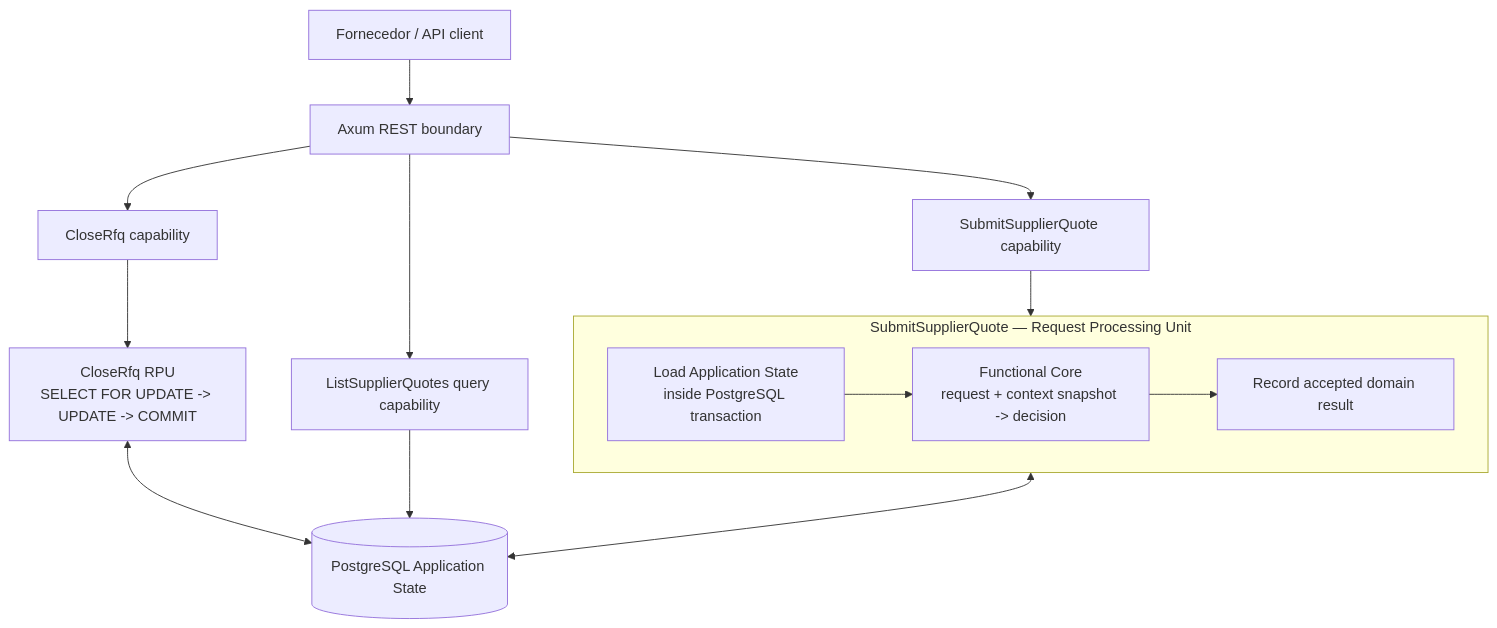
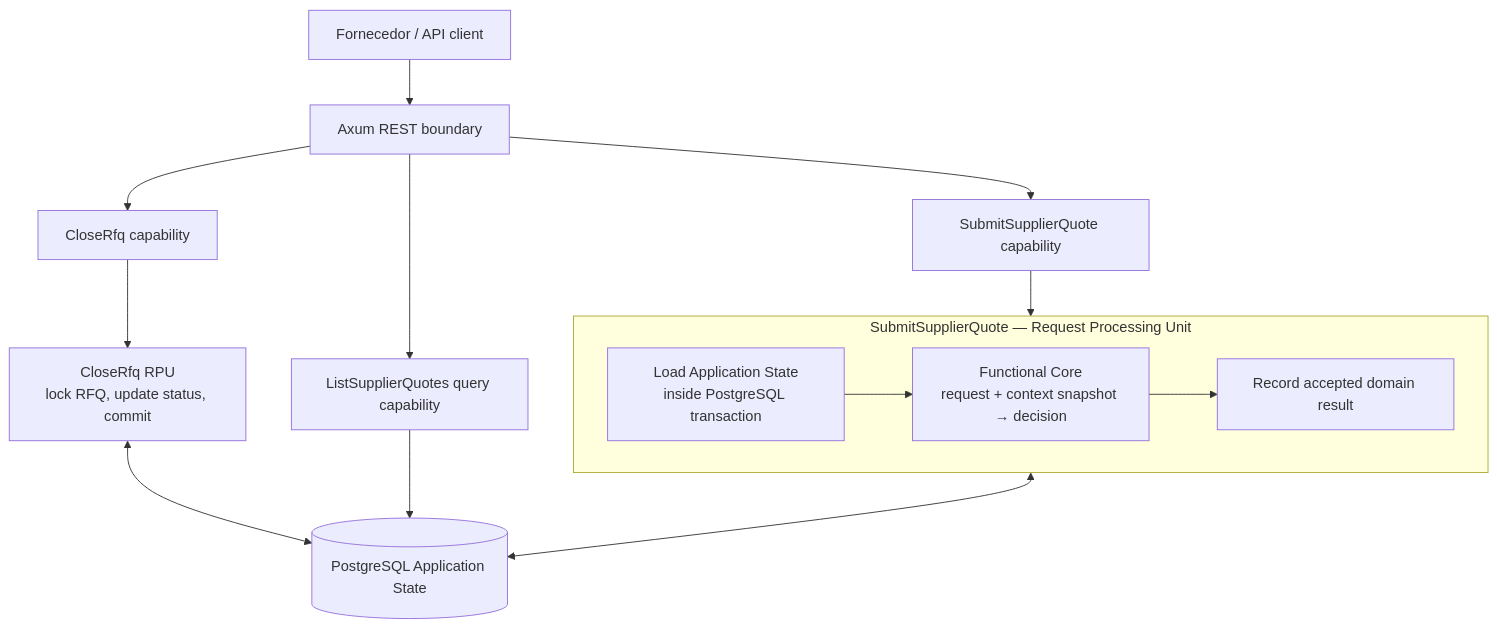
One commit to israelsantiago/supplier-rfq-rust changed the first of 2 diagrams in README.md. Above: the diagram before and after it, drawn with Mermaid. The commit also changed other lines of this file, not shown here.

````diff
--- a/README.md
+++ b/README.md
@@ -16,20 +16,20 @@
 ```mermaid
 flowchart TD
-  Client[Fornecedor / API client] --> REST[Axum REST boundary]
-  REST --> Submit[SubmitSupplierQuote capability]
-  REST --> Close[CloseRfq capability]
-  REST --> Query[ListSupplierQuotes query capability]
+  Client["Fornecedor / API client"] --> REST["Axum REST boundary"]
+  REST --> Submit["SubmitSupplierQuote capability"]
+  REST --> Close["CloseRfq capability"]
+  REST --> Query["ListSupplierQuotes query capability"]
 
-  subgraph SubmitRPU[SubmitSupplierQuote — Request Processing Unit]
-    Load[Load Application State\ninside PostgreSQL transaction]
-    Decide[Functional Core\nrequest + context snapshot -> decision]
-    Record[Record accepted domain result]
+  subgraph SubmitRPU["SubmitSupplierQuote — Request Processing Unit"]
+    Load["Load Application State<br/>inside PostgreSQL transaction"]
+    Decide["Functional Core<br/>request + context snapshot → decision"]
+    Record["Record accepted domain result"]
     Load --> Decide --> Record
   end
 
   Submit --> SubmitRPU
-  Close --> CloseRPU[CloseRfq RPU\nSELECT FOR UPDATE -> UPDATE -> COMMIT]
-  SubmitRPU <--> DB[(PostgreSQL Application State)]
+  Close --> CloseRPU["CloseRfq RPU<br/>lock RFQ, update status, commit"]
+  SubmitRPU <--> DB[("PostgreSQL Application State")]
   CloseRPU <--> DB
   Query --> DB
 ```
````
